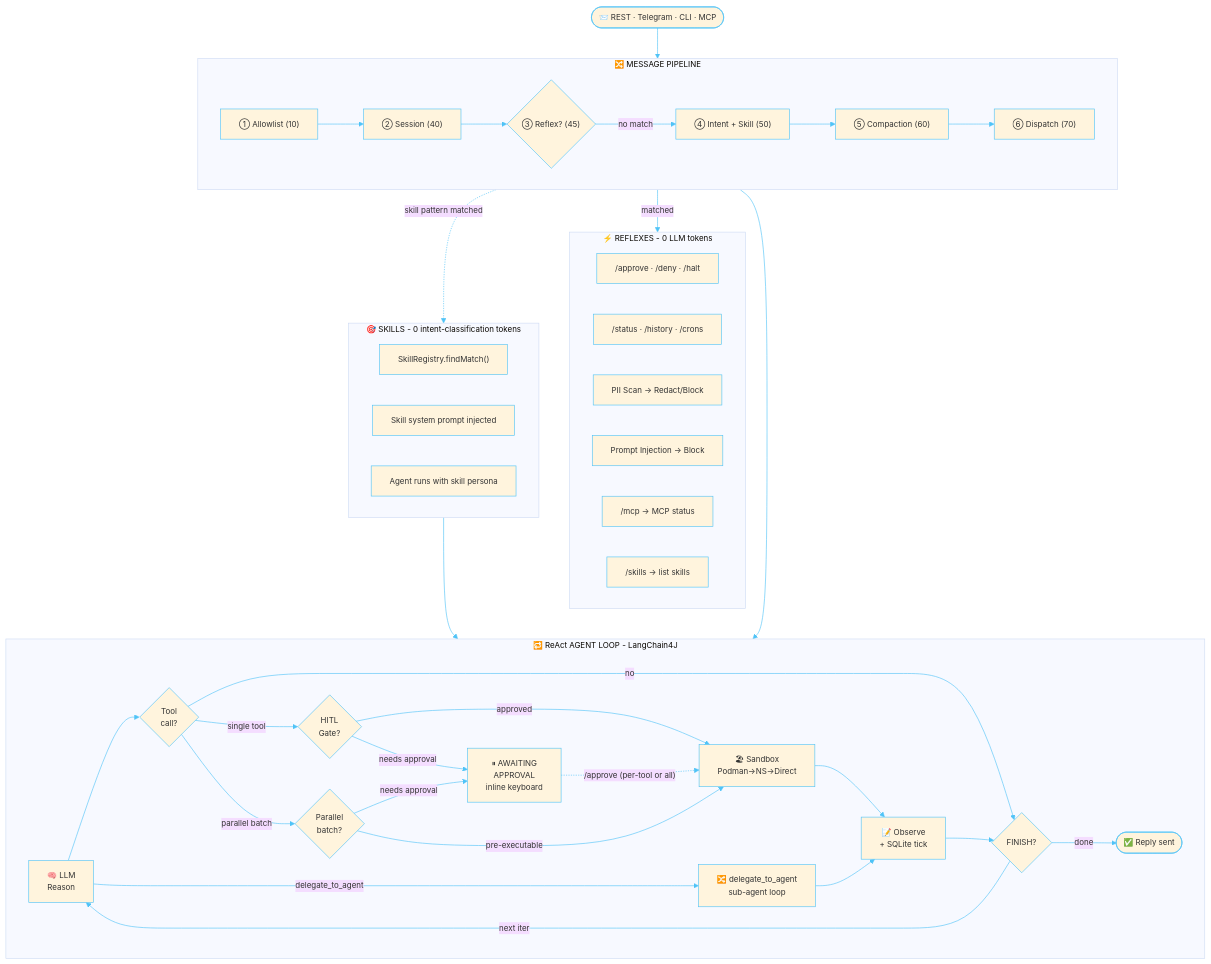
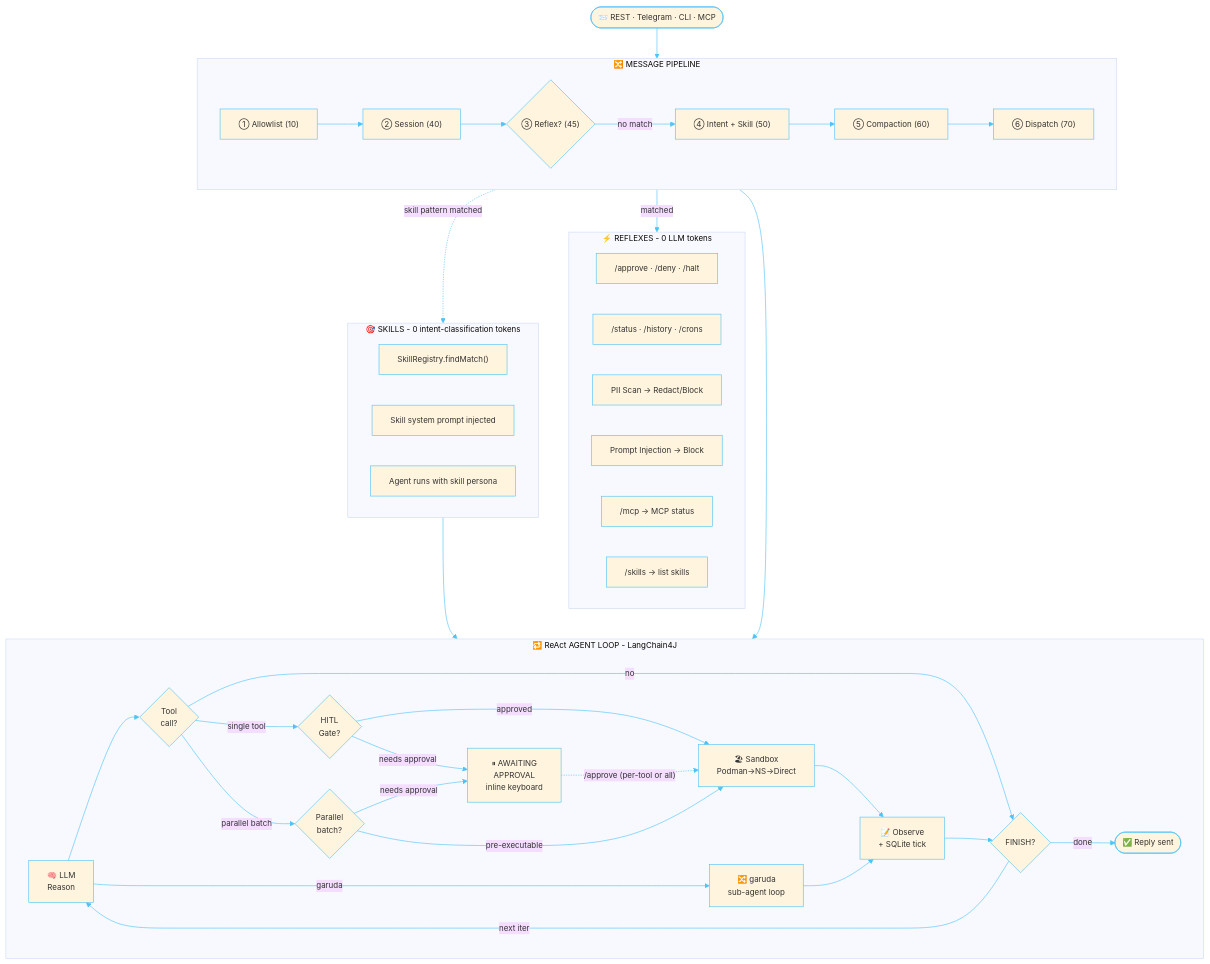
One commit to rsrini7/AmshaAgent changed the first of 8 diagrams in README.md. Above: the diagram before and after it, drawn with Mermaid. The commit also changed other lines of this file and 57 other files, not shown here.

````diff
--- a/README.md
+++ b/README.md
@@ -84,70 +84,70 @@
 ```mermaid
 %%{init: {'theme': 'base', 'themeVariables': {'primaryBorderColor': '#4fc3f7', 'lineColor': '#4fc3f7', 'activationBorderColor': '#4fc3f7', 'actorBorder': '#4fc3f7', 'actorLineColor': '#4fc3f7','labelBoxBorderColor': '#0b0c0cff', 'noteBorderColor': '#81c784', 'fontSize': '13px'}}}%%
 flowchart TD
 
     IN(["📨 REST · Telegram · CLI · MCP"]):::entry
 
     subgraph PIPELINE["🔀 MESSAGE PIPELINE"]
         direction LR
         P1["① Allowlist (10)"]:::handler
         P2["② Session (40)"]:::handler
         P3{"③ Reflex? (45)"}:::decision
         P4["④ Intent + Skill (50)"]:::handler
         P5["⑤ Compaction (60)"]:::handler
         P6["⑥ Dispatch (70)"]:::handler
     end
 
     subgraph REFLEXES["⚡ REFLEXES - 0 LLM tokens"]
         direction LR
         R1["/approve · /deny · /halt"]:::reflexOut
         R2["/status · /history · /crons"]:::reflexOut
         R3["PII Scan → Redact/Block"]:::reflexOut
         R4["Prompt Injection → Block"]:::reflexOut
         R5["/mcp → MCP status"]:::reflexOut
         R6["/skills → list skills"]:::reflexOut
     end
 
     subgraph SKILLS["🎯 SKILLS - 0 intent-classification tokens"]
         direction LR
         S1["SkillRegistry.findMatch()"]:::skillOut
         S2["Skill system prompt injected"]:::skillOut
         S3["Agent runs with skill persona"]:::skillOut
     end
 
     subgraph REACT["🔁 ReAct AGENT LOOP - LangChain4J"]
         direction LR
         L1["🧠 LLM<br/>Reason"]:::loop
         L2{"Tool<br/>call?"}:::decision
         L2P{"Parallel<br/>batch?"}:::decision
         L3{"HITL<br/>Gate?"}:::decision
         L4["⏸ AWAITING<br/>APPROVAL<br/>inline keyboard"]:::approval
         L5["🏖 Sandbox<br/>Podman→NS→Direct"]:::sandbox
         L6["📝 Observe<br/>+ SQLite tick"]:::loop
         L7{"FINISH?"}:::decision
         L8(["✅ Reply sent"]):::result
-        LD["🔀 delegate_to_agent<br/>sub-agent loop"]:::loop
+        LD["🔀 garuda<br/>sub-agent loop"]:::loop
     end
 
     IN --> PIPELINE
     P1 --> P2 --> P3
     P3 -->|"matched"| REFLEXES
     P3 -->|"no match"| P4 --> P5 --> P6
 
     P4 -.->|"skill pattern matched"| SKILLS
     SKILLS --> REACT
     P6 --> REACT
     L1 --> L2
     L2 -->|"no"| L7
     L2 -->|"single tool"| L3
     L2 -->|"parallel batch"| L2P
     L2P -->|"needs approval"| L4
     L2P -->|"pre-executable"| L5
     L3 -->|"approved"| L5
     L3 -->|"needs approval"| L4
     L4 -.->|"/approve (per-tool or all)"| L5
     L5 --> L6 --> L7
     L7 -->|"next iter"| L1
     L7 -->|"done"| L8
-    L1 -->|"delegate_to_agent"| LD
+    L1 -->|"garuda"| LD
     LD --> L6
 ```
````
